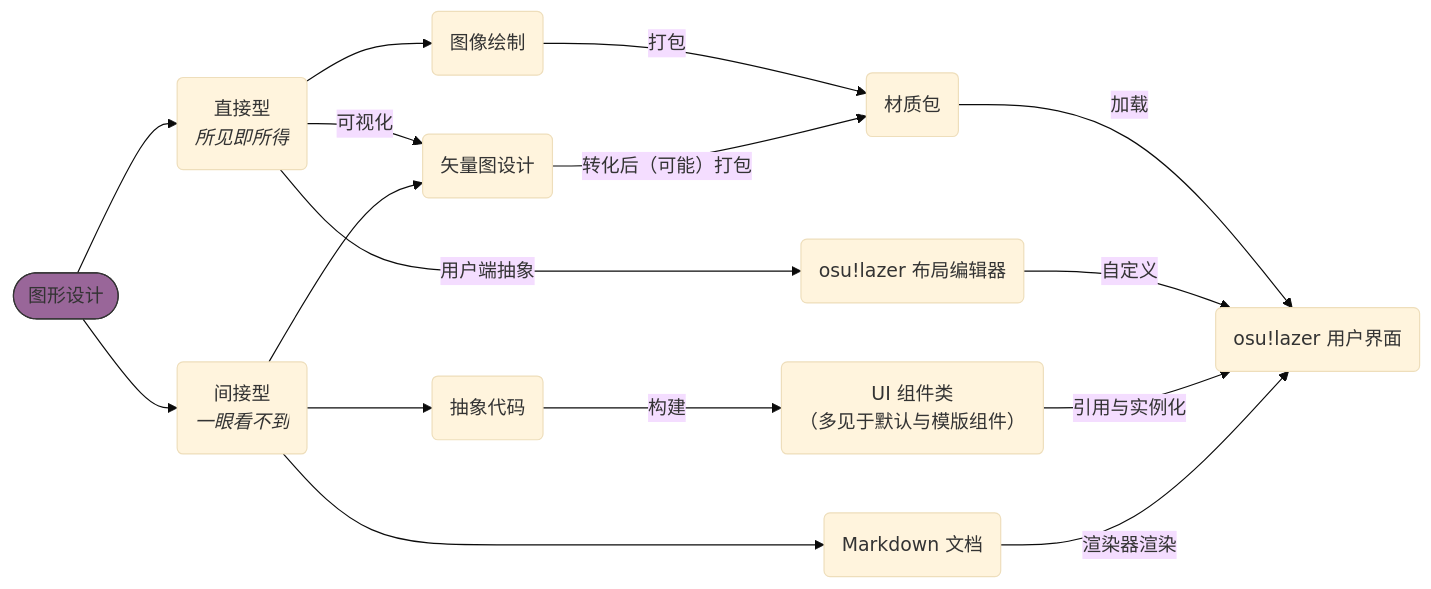
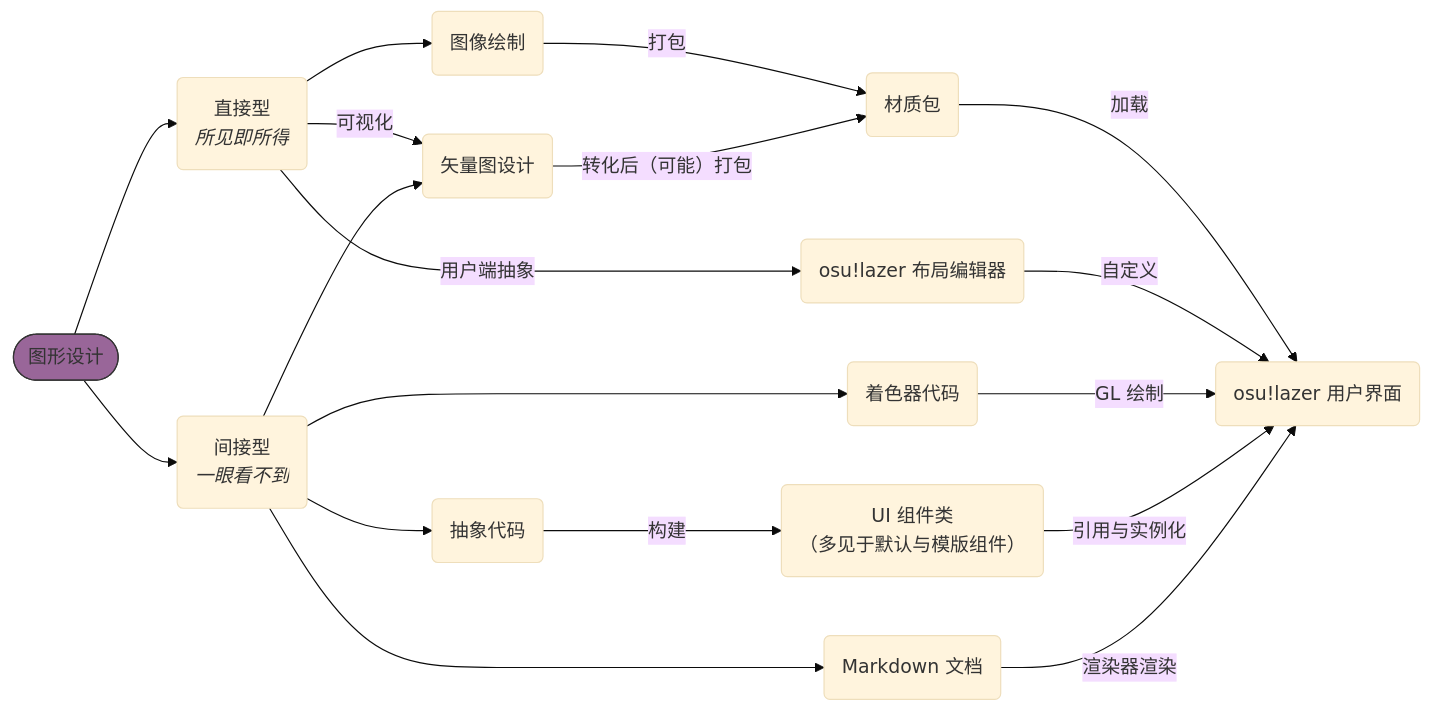
One commit to osu-atri/osu-dictionary changed the diagram in docs/lazer/dev-tutorial/layout/index.md. Above: the diagram before and after it, drawn with Mermaid (base theme).

Commit message:
Add shader part to osu!lazer UI graph

````diff
--- a/docs/lazer/dev-tutorial/layout/index.md
+++ b/docs/lazer/dev-tutorial/layout/index.md
@@ -21,34 +21,37 @@
 ```mermaid
 flowchart LR
   designBase(["图形设计"])
   directDesign("直接型<br /><i>所见即所得</i>")
   indirectDesign("间接型<br /><i>一眼看不到</i>")
   style designBase fill: #969, stroke: #333
 
   designByDrawing("图像绘制")
   vectorGraph("矢量图设计")
   designByCoding("抽象代码")
+  shaderCode("着色器代码")
   markdownDocument("Markdown 文档")
   componentClass("UI 组件类<br />（多见于默认与模版组件）")
   textureStore("材质包")
   lazerUIEditor("osu!lazer 布局编辑器")
   lazerUI("osu!lazer 用户界面")
 
   designBase --> directDesign
   designBase --> indirectDesign
 
   directDesign --> designByDrawing
   directDesign -- 可视化 --> vectorGraph
   directDesign -- 用户端抽象 --> lazerUIEditor
   indirectDesign --> vectorGraph
   indirectDesign --> markdownDocument
   indirectDesign --> designByCoding
+  indirectDesign --> shaderCode
   designByDrawing -- 打包 --> textureStore
   vectorGraph -- 转化后（可能）打包 --> textureStore
 
   textureStore -- 加载 --> lazerUI
   lazerUIEditor -- 自定义 --> lazerUI
   designByCoding -- 构建 --> componentClass
+  shaderCode -- GL 绘制 --> lazerUI
   componentClass -- 引用与实例化 --> lazerUI
   markdownDocument -- 渲染器渲染 --> lazerUI
 ```
````
